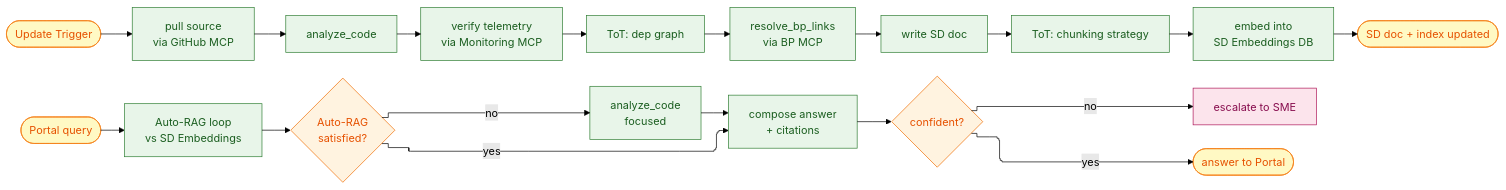
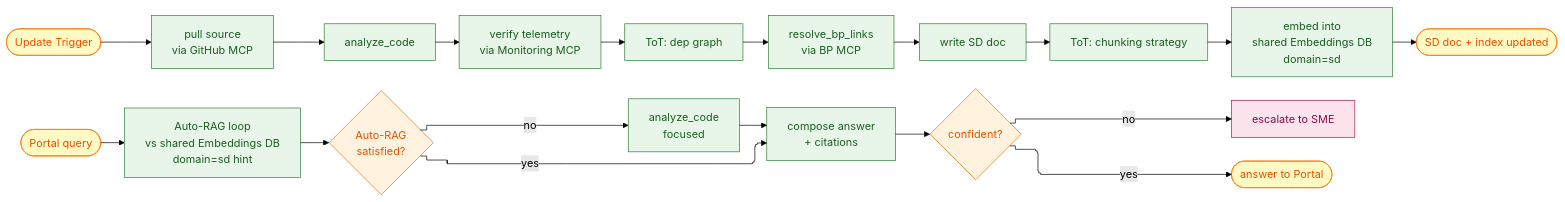
The second of 5 diagrams in PROJECT_ARCHITECTURE.md (kikecorona/agentic-ai-capstone-project), drawn with Mermaid (forest theme) before and after one commit. The commit also changed other lines of this file and 1 other file, not shown here.

Commit message:
Simplifying auto-rag

````diff
--- a/PROJECT_ARCHITECTURE.md
+++ b/PROJECT_ARCHITECTURE.md
@@ -372,29 +392,29 @@
 ```mermaid
 %%{init: {'flowchart': {'defaultRenderer': 'elk', 'curve': 'step'}}}%%
 flowchart LR
     Trig([Update Trigger]) --> Pull[pull source<br/>via GitHub MCP]
-    Port([Portal query]) --> Auto[Auto-RAG loop<br/>vs SD Embeddings]
+    Port([Portal query]) --> Auto[Auto-RAG loop<br/>vs shared Embeddings DB<br/>domain=sd hint]
     Pull --> AC[analyze_code]
     AC --> Tele[verify telemetry<br/>via Monitoring MCP]
     Tele --> ToT[ToT: dep graph]
     ToT --> XR[resolve_bp_links<br/>via BP MCP]
     XR --> Write[write SD doc]
     Write --> ToTChunk[ToT: chunking strategy]
-    ToTChunk --> Embed[embed into<br/>SD Embeddings DB]
+    ToTChunk --> Embed[embed into<br/>shared Embeddings DB<br/>domain=sd]
     Embed --> Done([SD doc + index updated])
     Auto --> Cover{Auto-RAG<br/>satisfied?}
     Cover -->|yes| Compose[compose answer<br/>+ citations]
     Cover -->|no| ACFocus[analyze_code<br/>focused]
     ACFocus --> Compose
     Compose --> Conf{confident?}
     Conf -->|no| SME[escalate to SME]
     Conf -->|yes| Out([answer to Portal])
     classDef node fill: #E8F5E9, stroke: #2E7D32, color: #1B5E20
     classDef decision fill: #FFF3E0, stroke: #EF6C00, color: #E65100
     classDef fallback fill: #FCE4EC, stroke: #AD1457, color: #880E4F
     classDef portal fill: #FFF9C4, stroke: #F57F17, color: #E65100
     class Pull,AC,Tele,ToT,XR,Write,ToTChunk,Embed,Auto,ACFocus,Compose node
     class Cover,Conf decision
     class SME fallback
     class Trig,Port,Done,Out portal
 ```
````
